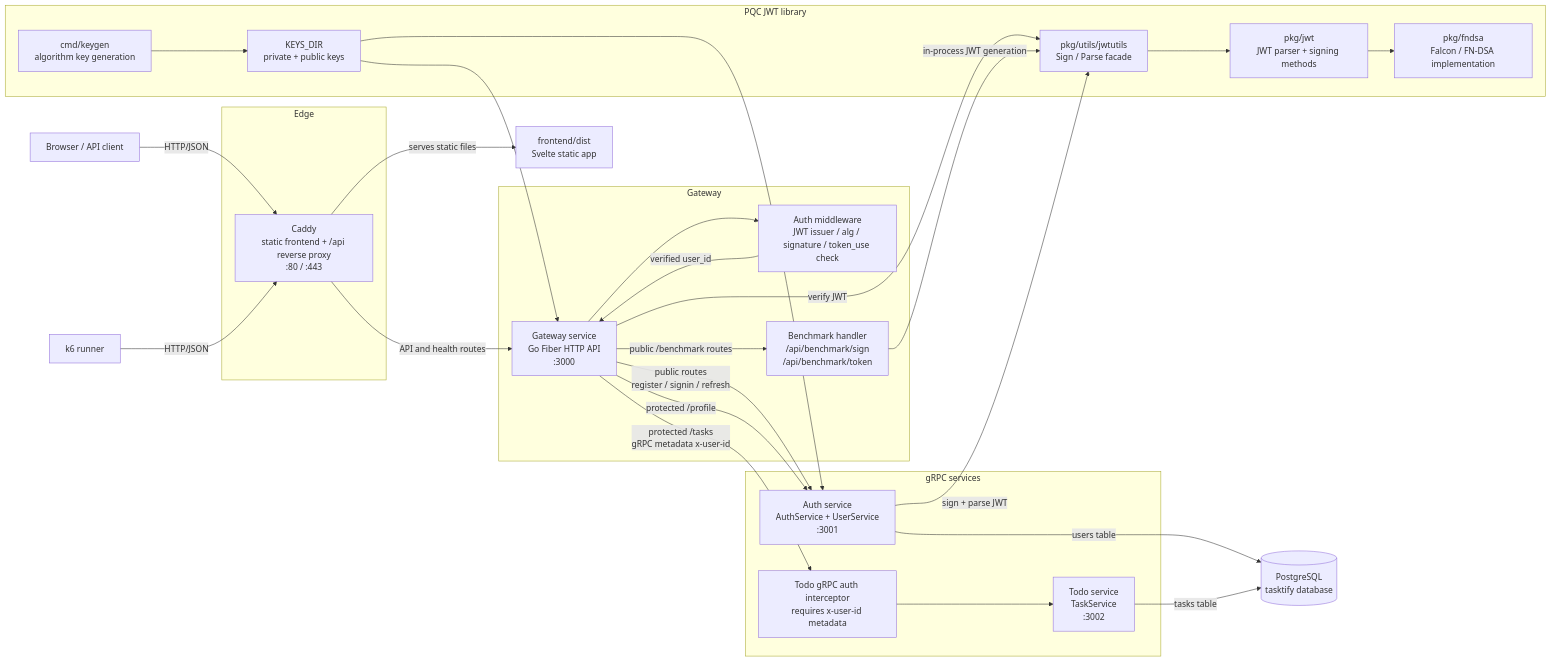
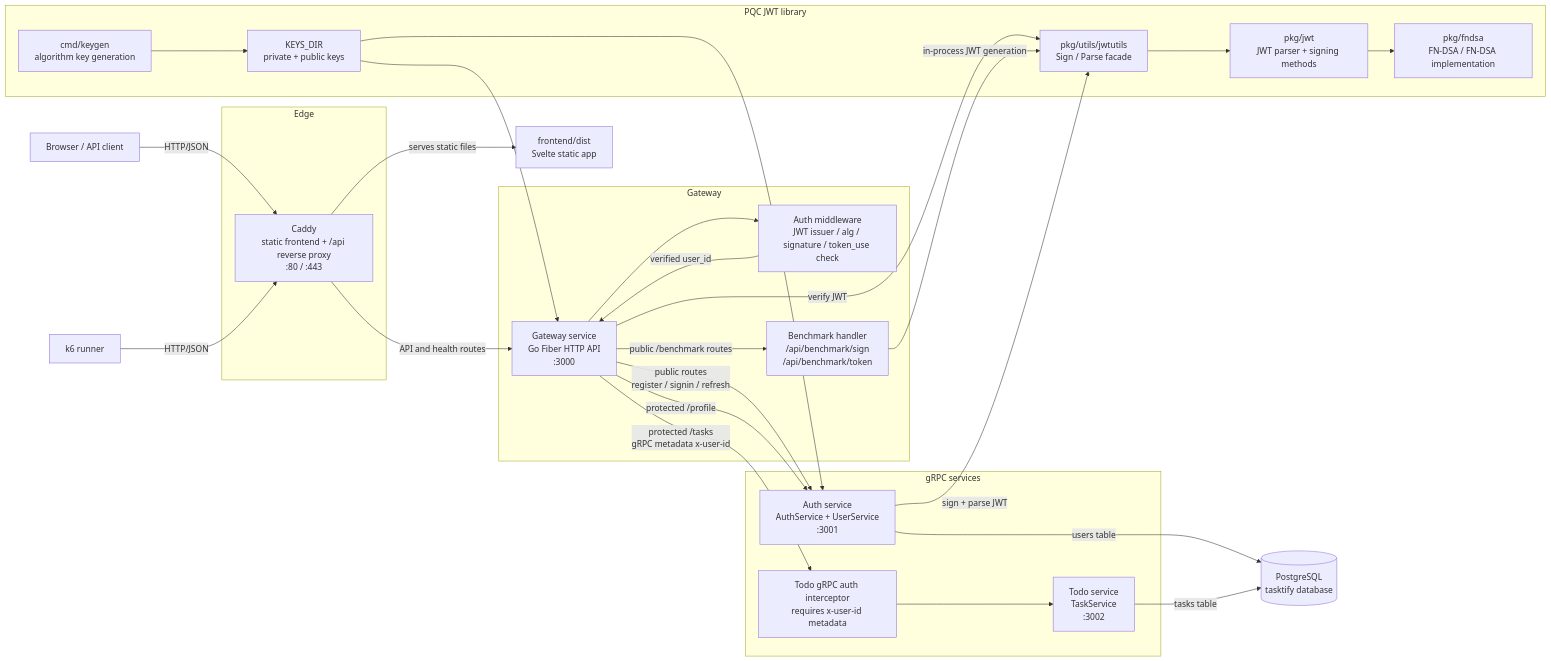
Before and after one commit to ridwanmuh3/tasktify: the second of 8 diagrams in docs/research-system-architecture.md, drawn with Mermaid. The commit also changed other lines of this file and 51 other files, not shown here.

Commit message:
rewrite falcon to fndsa

````diff
--- a/docs/research-system-architecture.md
+++ b/docs/research-system-architecture.md
@@ -112,57 +112,57 @@
 ```mermaid
 flowchart LR
   browser["Browser / API client"]
   k6["k6 runner"]
 
   subgraph edge["Edge"]
     caddy["Caddy<br/>static frontend + /api reverse proxy<br/>:80 / :443"]
   end
 
   subgraph gateway_layer["Gateway"]
     gateway["Gateway service<br/>Go Fiber HTTP API<br/>:3000"]
     auth_mw["Auth middleware<br/>JWT issuer / alg / signature / token_use check"]
     bench_handler["Benchmark handler<br/>/api/benchmark/sign<br/>/api/benchmark/token"]
   end
 
   subgraph services["gRPC services"]
     auth_svc["Auth service<br/>AuthService + UserService<br/>:3001"]
     todo_svc["Todo service<br/>TaskService<br/>:3002"]
     todo_interceptor["Todo gRPC auth interceptor<br/>requires x-user-id metadata"]
   end
 
   subgraph crypto["PQC JWT library"]
     jwtutils["pkg/utils/jwtutils<br/>Sign / Parse facade"]
     jwtpkg["pkg/jwt<br/>JWT parser + signing methods"]
-    fndsa["pkg/fndsa<br/>Falcon / FN-DSA implementation"]
+    fndsa["pkg/fndsa<br/>FN-DSA / FN-DSA implementation"]
     keygen["cmd/keygen<br/>algorithm key generation"]
     keys["KEYS_DIR<br/>private + public keys"]
   end
 
   postgres[("PostgreSQL<br/>tasktify database")]
   frontend["frontend/dist<br/>Svelte static app"]
 
   browser -->|"HTTP/JSON"| caddy
   k6 -->|"HTTP/JSON"| caddy
   caddy -->|"serves static files"| frontend
   caddy -->|"API and health routes"| gateway
 
   gateway -->|"public routes<br/>register / signin / refresh"| auth_svc
   gateway -->|"protected /profile"| auth_svc
   gateway -->|"public /benchmark routes"| bench_handler
   gateway --> auth_mw
   auth_mw -->|"verified user_id"| gateway
   gateway -->|"protected /tasks<br/>gRPC metadata x-user-id"| todo_interceptor
   todo_interceptor --> todo_svc
 
   auth_svc -->|"users table"| postgres
   todo_svc -->|"tasks table"| postgres
 
   gateway -->|"verify JWT"| jwtutils
   auth_svc -->|"sign + parse JWT"| jwtutils
   bench_handler -->|"in-process JWT generation"| jwtutils
   jwtutils --> jwtpkg
   jwtpkg --> fndsa
   keygen --> keys
   keys --> gateway
   keys --> auth_svc
 ```
````
